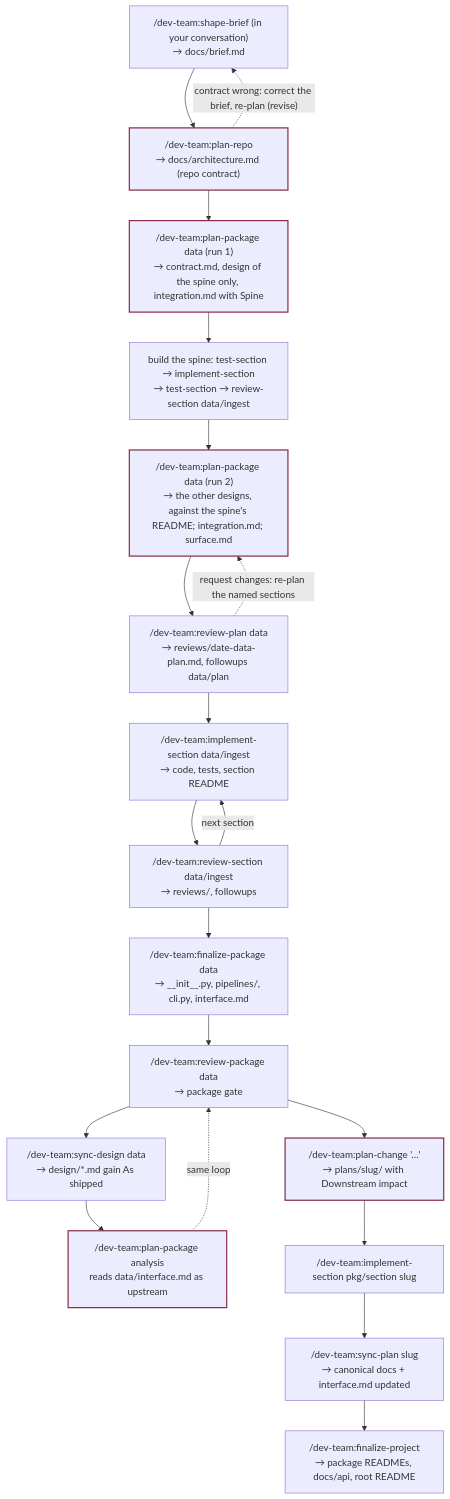
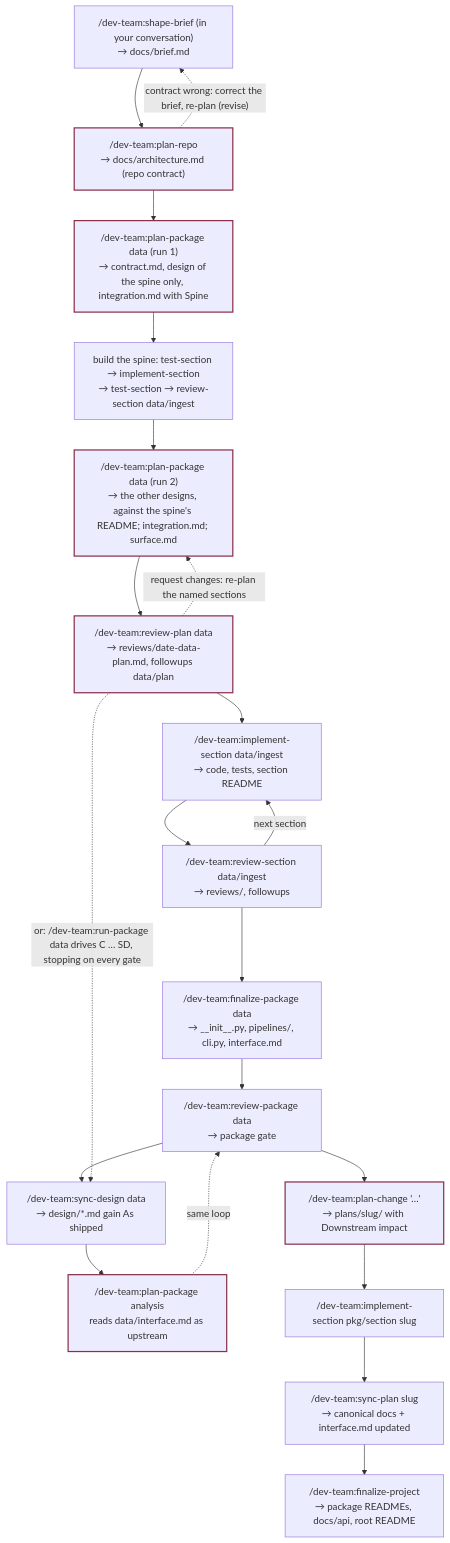
Before and after one commit to cott435/cott-plugins: the second of 3 diagrams in dev-team/site/flow.md, drawn with Mermaid. The commit also changed 25 other files, not shown here.

First line of the commit message:
dev-team 0.5 (phase 8): run-package driver

````diff
--- a/dev-team/site/flow.md
+++ b/dev-team/site/flow.md
@@ -45,26 +45,27 @@
 ```mermaid
 flowchart TD
   S["/dev-team:shape-brief (in your conversation)<br/>→ docs/brief.md"]
   S --> A
   A["/dev-team:plan-repo<br/>→ docs/architecture.md (repo contract)"]
   A -. "contract wrong: correct the brief, re-plan (revise)" .-> S
   A --> B1["/dev-team:plan-package data (run 1)<br/>→ contract.md, design of the spine only, integration.md with Spine"]
   B1 --> SP["build the spine: test-section → implement-section<br/>→ test-section → review-section data/ingest"]
   SP --> B2["/dev-team:plan-package data (run 2)<br/>→ the other designs, against the spine's README; integration.md; surface.md"]
   B2 --> RP["/dev-team:review-plan data<br/>→ reviews/date-data-plan.md, followups data/plan"]
   RP -. "request changes: re-plan the named sections" .-> B2
   RP --> C["/dev-team:implement-section data/ingest<br/>→ code, tests, section README"]
   C --> D["/dev-team:review-section data/ingest<br/>→ reviews/, followups"]
   D -->|next section| C
   D --> E["/dev-team:finalize-package data<br/>→ __init__.py, pipelines/, cli.py, interface.md"]
   E --> F["/dev-team:review-package data<br/>→ package gate"]
   F --> SD["/dev-team:sync-design data<br/>→ design/*.md gain As shipped"]
+  RP -. "or: /dev-team:run-package data drives C … SD, stopping on every gate" .-> SD
   SD --> G["/dev-team:plan-package analysis<br/>reads data/interface.md as upstream"]
   G -.->|same loop| F
   F --> H["/dev-team:plan-change '…'<br/>→ plans/slug/ with Downstream impact"]
   H --> I["/dev-team:implement-section pkg/section slug"]
   I --> J["/dev-team:sync-plan slug<br/>→ canonical docs + interface.md updated"]
   J --> K["/dev-team:finalize-project<br/>→ package READMEs, docs/api, root README"]
   classDef stop stroke:#8a2f4a,stroke-width:2px;
-  class A,B1,B2,G,H stop;
+  class A,B1,B2,RP,G,H stop;
 ```
````
